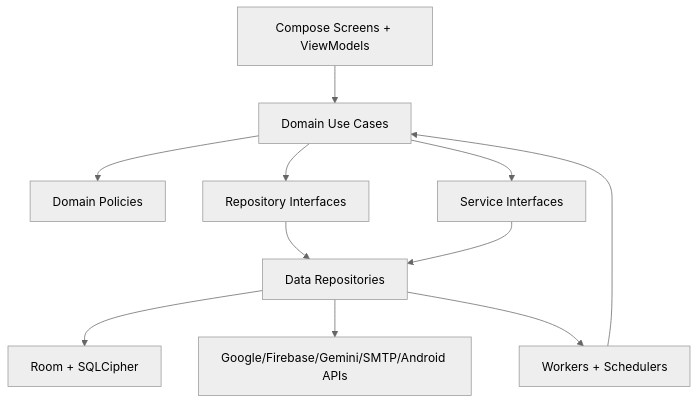
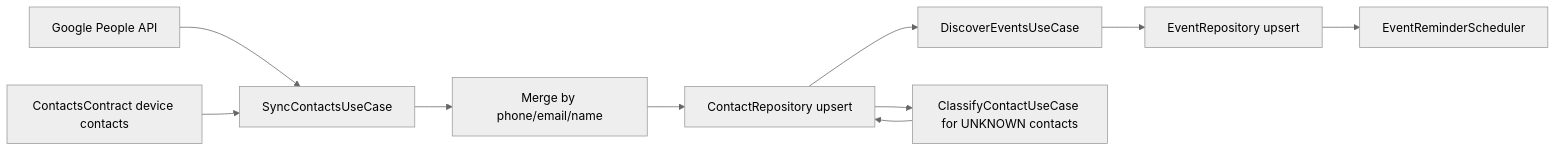
The second of 4 diagrams in PLAN.md (yhsomani/AI-Birthday), drawn with Mermaid (neutral theme) before and after one commit. The commit also changed other lines of this file and 247 other files, not shown here.

````diff
--- a/PLAN.md
+++ b/PLAN.md
@@ -591,13 +217,12 @@
 ```mermaid
-flowchart TD
-  UI[Compose Screens + ViewModels] --> UC[Domain Use Cases]
-  UC --> POL[Domain Policies]
-  UC --> REPO[Repository Interfaces]
-  UC --> SVC[Service Interfaces]
-  REPO --> DATA[Data Repositories]
-  SVC --> DATA
-  DATA --> DB[Room + SQLCipher]
-  DATA --> EXT[Google/Firebase/Gemini/SMTP/Android APIs]
-  DATA --> WORK[Workers + Schedulers]
-  WORK --> UC
+flowchart LR
+    A[Google People API] --> C[SyncContactsUseCase]
+    B[ContactsContract device contacts] --> C
+    C --> D[Merge by phone/email/name]
+    D --> E[ContactRepository upsert]
+    E --> F[DiscoverEventsUseCase]
+    F --> G[EventRepository upsert]
+    G --> H[EventReminderScheduler]
+    E --> I[ClassifyContactUseCase for UNKNOWN contacts]
+    I --> E
 ```
````
